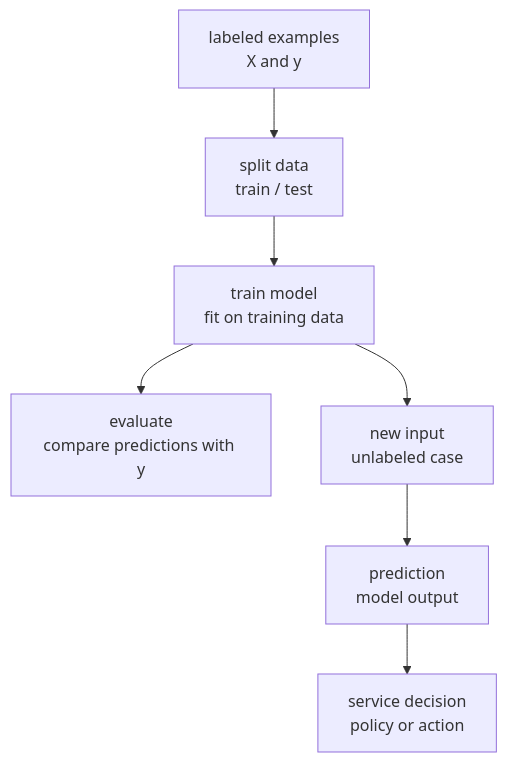
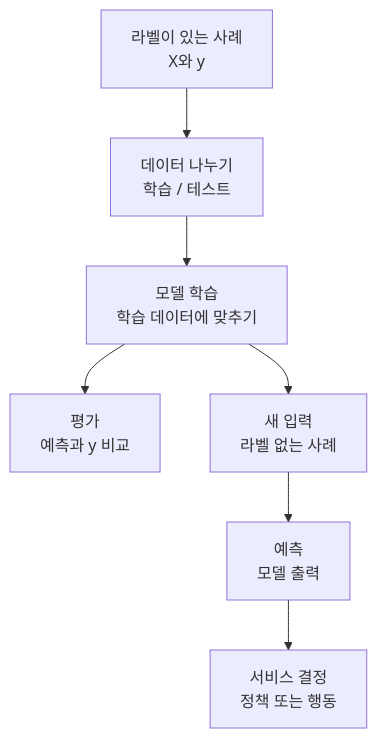
The first of 2 diagrams in docs/parts/part-04/chapter-02/section-01.md (devchan64/AiBook), drawn with Mermaid before and after one commit. The commit also changed other lines of this file and 21 other files, not shown here.

````diff
--- a/docs/parts/part-04/chapter-02/section-01.md
+++ b/docs/parts/part-04/chapter-02/section-01.md
@@ -85,17 +85,17 @@
 ```mermaid
 flowchart TD
-  A["labeled examples<br/>X and y"]
-  B["split data<br/>train / test"]
-  C["train model<br/>fit on training data"]
-  D["evaluate<br/>compare predictions with y"]
-  E["new input<br/>unlabeled case"]
-  F["prediction<br/>model output"]
-  G["service decision<br/>policy or action"]
+  A["라벨이 있는 사례<br/>X와 y"]
+  B["데이터 나누기<br/>학습 / 테스트"]
+  C["모델 학습<br/>학습 데이터에 맞추기"]
+  D["평가<br/>예측과 y 비교"]
+  E["새 입력<br/>라벨 없는 사례"]
+  F["예측<br/>모델 출력"]
+  G["서비스 결정<br/>정책 또는 행동"]
 
   A --> B
   B --> C
   C --> D
   C --> E
   E --> F
   F --> G
 ```
````
